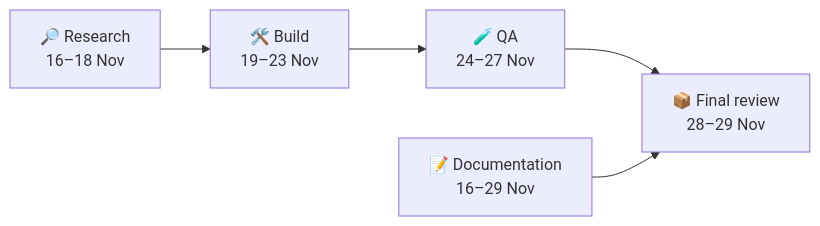
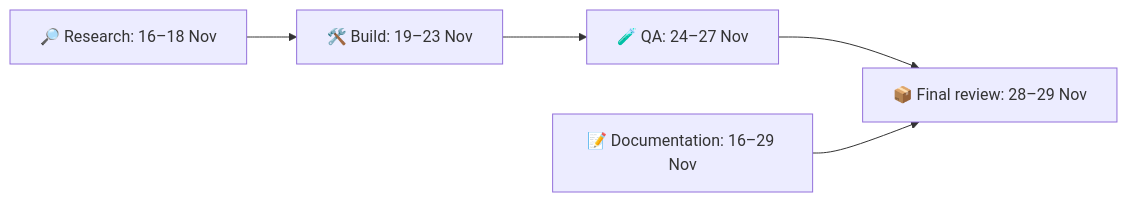
The diagram in README.md (ayuba-amadi/third-party-cyber-risk-vendor-assurance-toolkit), drawn with Mermaid before and after one commit.

Commit message:
docs: simplify visual timeline labels

````diff
--- a/README.md
+++ b/README.md
@@ -9,5 +9,5 @@
 ```mermaid
 flowchart LR
-  R["🔎 Research\n16–18 Nov"] --> D["🛠️ Build\n19–23 Nov"] --> Q["🧪 QA\n24–27 Nov"] --> F["📦 Final review\n28–29 Nov"]
-  P["📝 Documentation\n16–29 Nov"] --> F
+  R["🔎 Research: 16–18 Nov"] --> D["🛠️ Build: 19–23 Nov"] --> Q["🧪 QA: 24–27 Nov"] --> F["📦 Final review: 28–29 Nov"]
+  P["📝 Documentation: 16–29 Nov"] --> F
 ```
````
